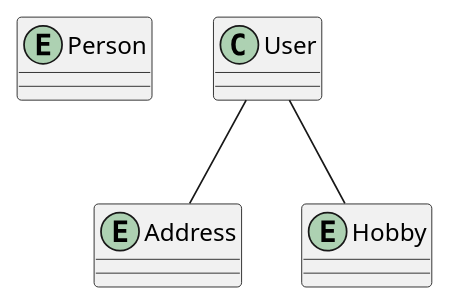
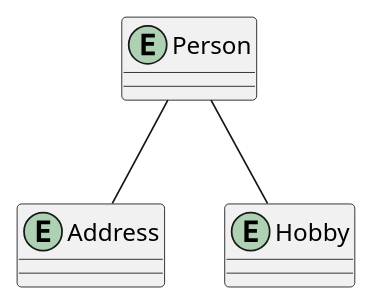
The diagram in domainmodel.puml (mbm1337/SP1.JPA.HOBBY), drawn with PlantUML before and after one commit.

```diff
--- a/domainmodel.puml
+++ b/domainmodel.puml
@@ -1,12 +1,12 @@
 @startuml
 
 entity Person
 
 entity Address
 
 entity Hobby
 
-User -- Address
-User -- Hobby
+Person -- Address
+Person -- Hobby
 
 @enduml
```
